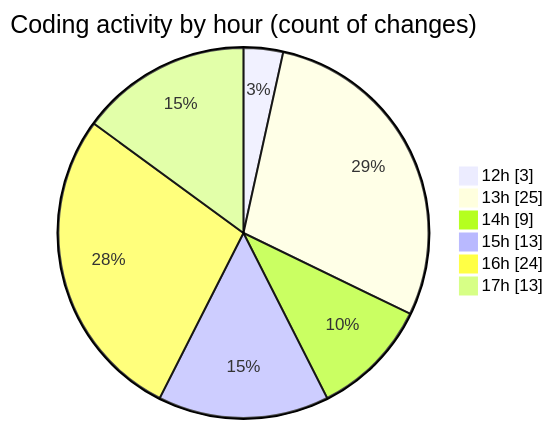
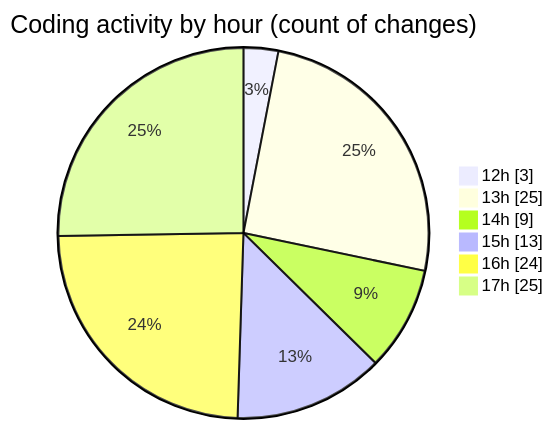
One commit to nxtqubesakshisongat/code-tracking changed the second of 2 diagrams in 2025-09-26/nxtqube_webapp/README.md. Above: the diagram before and after it, drawn with Mermaid. The commit also changed other lines of this file and 1 other file, not shown here.

````diff
--- a/2025-09-26/nxtqube_webapp/README.md
+++ b/2025-09-26/nxtqube_webapp/README.md
@@ -36,10 +36,10 @@
 ```mermaid
 pie showData
 title Coding activity by hour (count of changes)
 "12h" : 3
 "13h" : 25
 "14h" : 9
 "15h" : 13
 "16h" : 24
-"17h" : 13
+"17h" : 25
 ```
````
